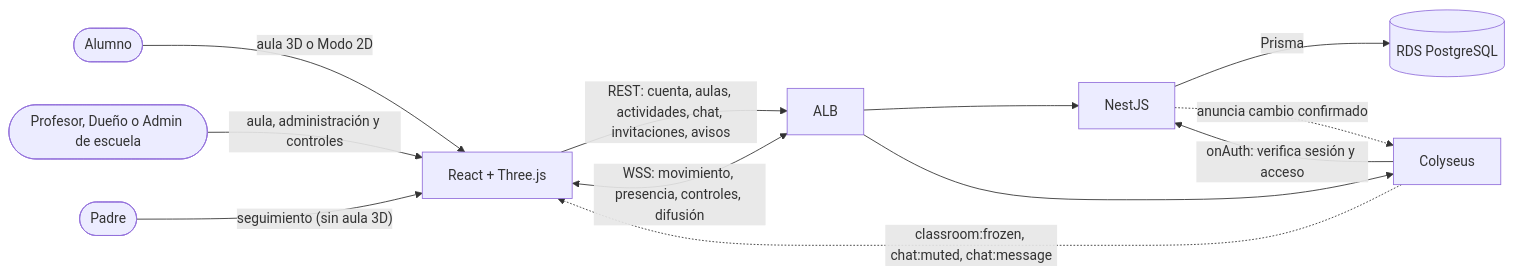
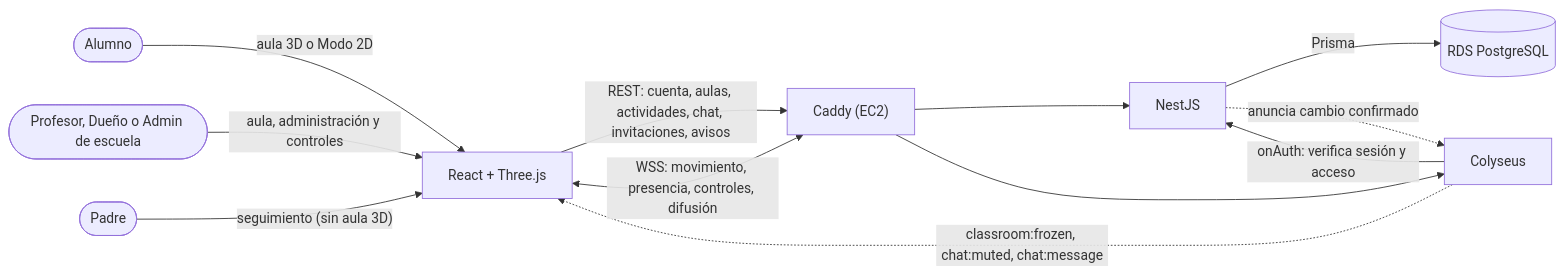
The third of 3 diagrams in docs/diagrams/02-system-architecture/deployment-and-network.md (Agustin742/integratec-final-back), drawn with Mermaid before and after one commit. The commit also changed other lines of this file and 14 other files, not shown here.

````diff
--- a/docs/diagrams/02-system-architecture/deployment-and-network.md
+++ b/docs/diagrams/02-system-architecture/deployment-and-network.md
@@ -161,23 +161,23 @@
 ```mermaid
 flowchart LR
   alu(["Alumno"])
   prof(["Profesor, Dueño o Admin de escuela"])
   pad(["Padre"])
   web["React + Three.js"]
-  alb["ALB"]
+  caddy["Caddy (EC2)"]
   api["NestJS"]
   col["Colyseus"]
   rds[("RDS PostgreSQL")]
 
   alu -->|"aula 3D o Modo 2D"| web
   prof -->|"aula, administración y controles"| web
   pad -->|"seguimiento (sin aula 3D)"| web
-  web -->|"REST: cuenta, aulas, actividades, chat, invitaciones, avisos"| alb
-  web <-->|"WSS: movimiento, presencia, controles, difusión"| alb
-  alb --> api
-  alb --> col
+  web -->|"REST: cuenta, aulas, actividades, chat, invitaciones, avisos"| caddy
+  web <-->|"WSS: movimiento, presencia, controles, difusión"| caddy
+  caddy --> api
+  caddy --> col
   api -->|"Prisma"| rds
   api -.->|"anuncia cambio confirmado"| col
   col -->|"onAuth: verifica sesión y acceso"| api
   col -.->|"classroom:frozen, chat:muted, chat:message"| web
 ```
````
